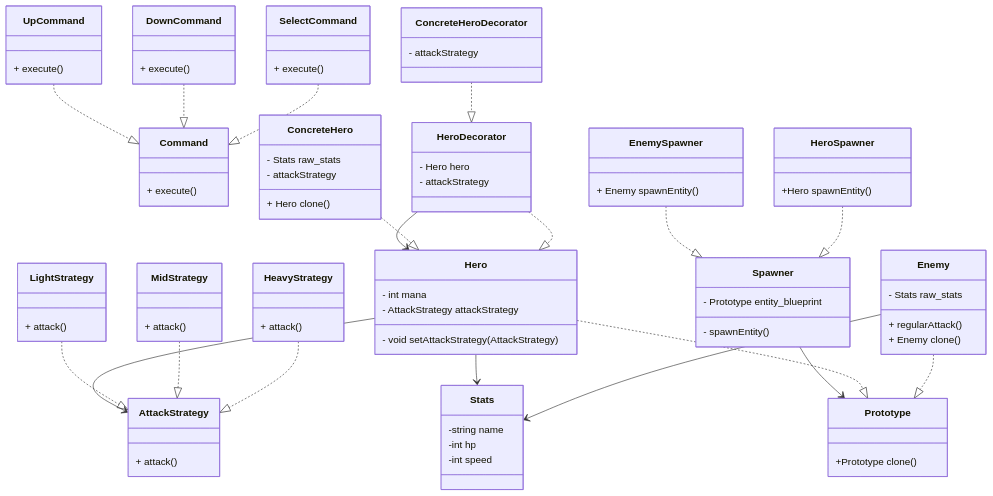
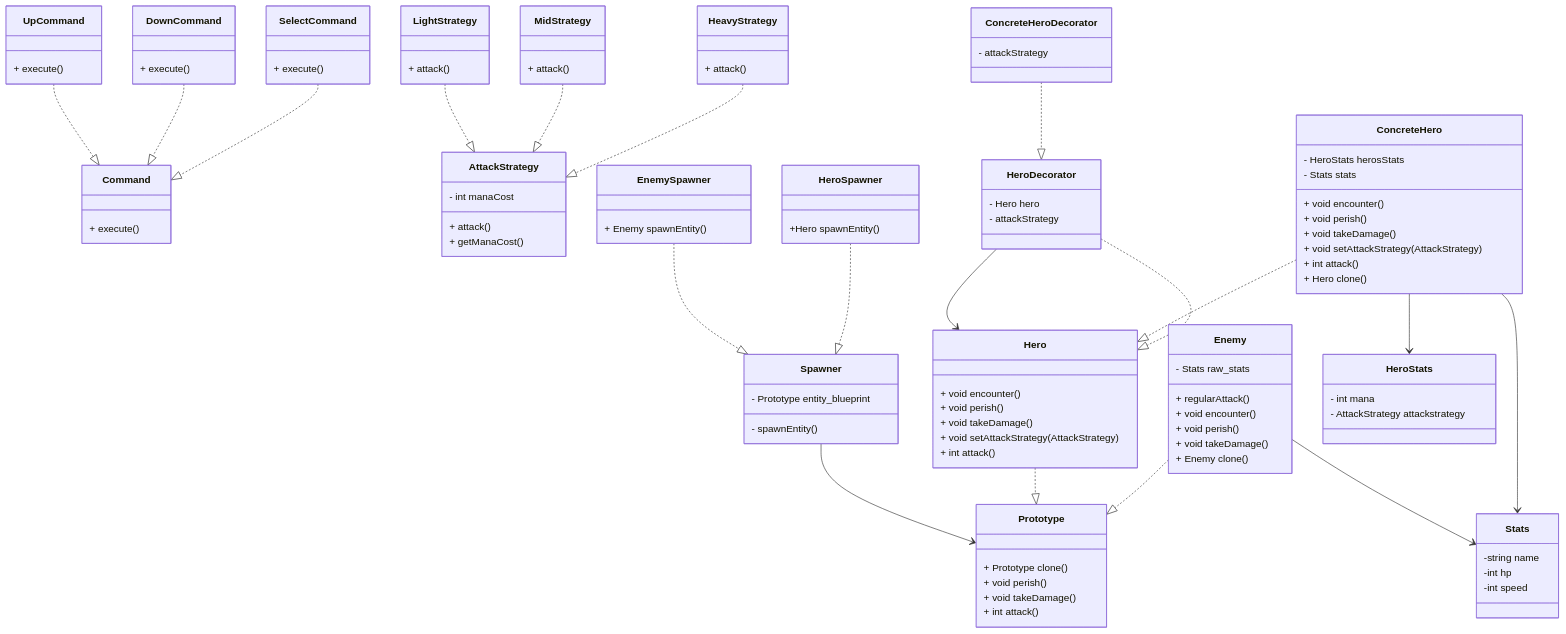
One commit to Frank0125/Finally-Fantastic changed the diagram in README.md. Above: the diagram before and after it, drawn with Mermaid. The commit also changed other lines of this file and 3 other files, not shown here.

Commit message:
feat: 1/2 of design patterns implemented, missing Command & Decorator, changed uml

```diff
--- a/README.md
+++ b/README.md
@@ -40,17 +42,24 @@
     }
 
     class Prototype {
-	    +Prototype clone()
+	    + Prototype clone()
+        + void perish()
+        + void takeDamage()
+        + int attack()
     }
 
     class Hero {
-        - int mana
-	    - AttackStrategy attackStrategy
-        - void setAttackStrategy(AttackStrategy)
+        + void encounter()
+        + void perish()
+        + void takeDamage()
+        + void setAttackStrategy(AttackStrategy)
+        + int attack()
     }
 
     class AttackStrategy {
+        - int manaCost
 	    + attack()
+       + getManaCost()
     }
 
     class LightStrategy {
@@ -66,8 +75,13 @@
     }
 
     class ConcreteHero {
-	    - Stats raw_stats
-	    - attackStrategy
+        - HeroStats herosStats
+        - Stats stats
+        + void encounter()
+        + void perish()
+        + void takeDamage()
+        + void setAttackStrategy(AttackStrategy)
+        + int attack()
 	    + Hero clone()
     }
 
@@ -83,6 +97,9 @@
     class Enemy {
 	    - Stats raw_stats
 	    + regularAttack()
+        + void encounter()
+        + void perish()
+        + void takeDamage()
 	    + Enemy clone()
     }
 
@@ -105,12 +122,18 @@
 	    -int speed
     }
 
+    class HeroStats {
+        - int mana 
+        - AttackStrategy attackstrategy
+    }
+
     %% Composición
     HeroDecorator --> Hero
-    Hero --> Stats
+    
     Enemy --> Stats
     Spawner --> Prototype
-    Hero --> AttackStrategy
+    ConcreteHero --> HeroStats
+    ConcreteHero --> Stats
 
     %% Herencia
     UpCommand ..|> Command
```
